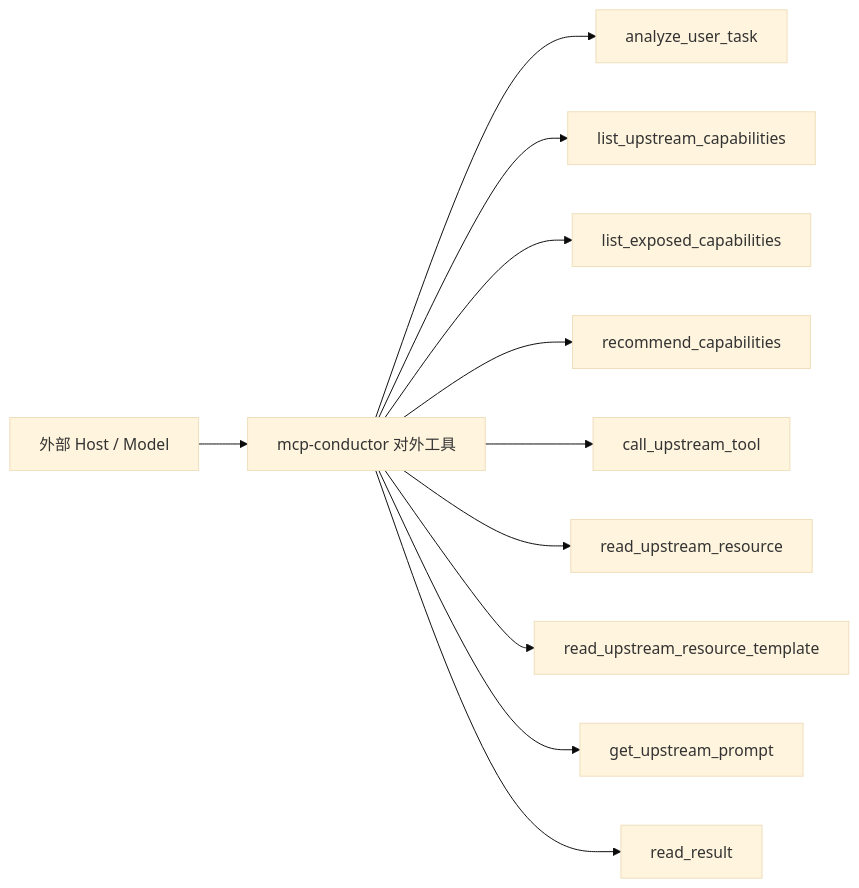
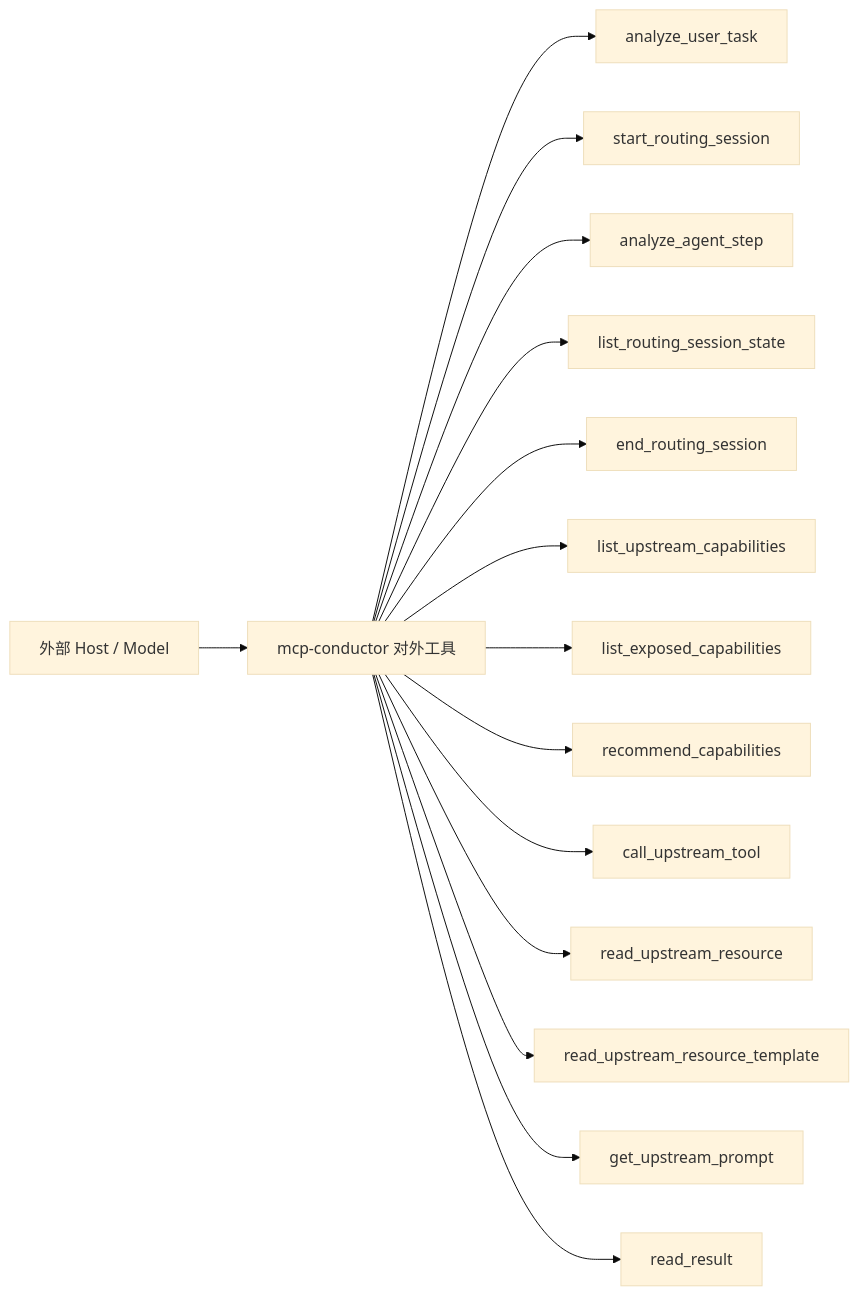
The third of 8 diagrams in docs/project-structure/02-final-architecture-diagram.md (TangRj-Git/mcp-conductor), drawn with Mermaid (base theme) before and after one commit. The commit also changed other lines of this file and 31 other files, not shown here.

````diff
--- a/docs/project-structure/02-final-architecture-diagram.md
+++ b/docs/project-structure/02-final-architecture-diagram.md
@@ -121,26 +121,34 @@
 ```mermaid
 flowchart LR
     Host["外部 Host / Model"]
     Tools["mcp-conductor 对外工具"]
 
     Analyze["analyze_user_task"]
+    StartSession["start_routing_session"]
+    AnalyzeStep["analyze_agent_step"]
+    SessionState["list_routing_session_state"]
+    EndSession["end_routing_session"]
     List["list_upstream_capabilities"]
     Exposure["list_exposed_capabilities"]
     Recommend["recommend_capabilities"]
     Call["call_upstream_tool"]
     Resource["read_upstream_resource"]
     Template["read_upstream_resource_template"]
     Prompt["get_upstream_prompt"]
     Read["read_result"]
 
     Host --> Tools
     Tools --> Analyze
+    Tools --> StartSession
+    Tools --> AnalyzeStep
+    Tools --> SessionState
+    Tools --> EndSession
     Tools --> List
     Tools --> Exposure
     Tools --> Recommend
     Tools --> Call
     Tools --> Resource
     Tools --> Template
     Tools --> Prompt
     Tools --> Read
 ```
````
